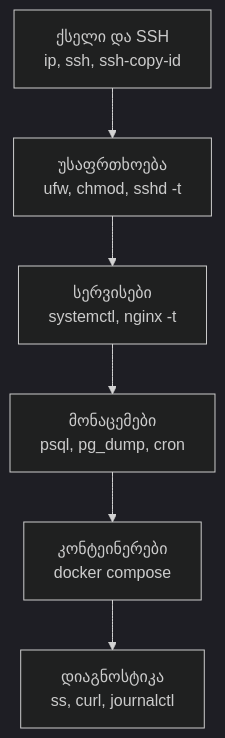
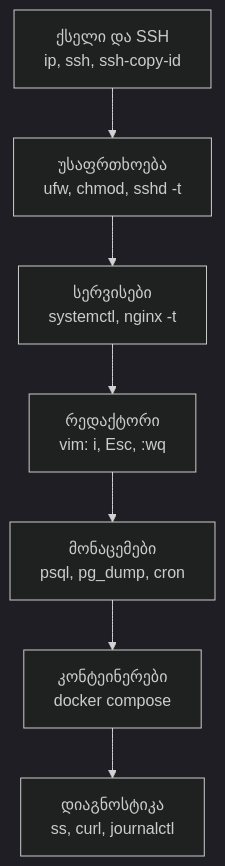
One commit to GIS-Edu-Georgia/GIS_OS_Doc changed the first of 2 diagrams in docs/Dev_ops/Fundamentals/commands.md. Above: the diagram before and after it, drawn with Mermaid (dark theme). The commit also changed other lines of this file and 4 other files, not shown here.

````diff
--- a/docs/Dev_ops/Fundamentals/commands.md
+++ b/docs/Dev_ops/Fundamentals/commands.md
@@ -5,8 +5,9 @@
 ```mermaid
 flowchart TD
     A["ქსელი და SSH<br>ip, ssh, ssh-copy-id"] --> B["უსაფრთხოება<br>ufw, chmod, sshd -t"]
     B --> C["სერვისები<br>systemctl, nginx -t"]
-    C --> D["მონაცემები<br>psql, pg_dump, cron"]
+    C --> V["რედაქტორი<br>vim: i, Esc, :wq"]
+    V --> D["მონაცემები<br>psql, pg_dump, cron"]
     D --> E["კონტეინერები<br>docker compose"]
     E --> F["დიაგნოსტიკა<br>ss, curl, journalctl"]
 ```
````
